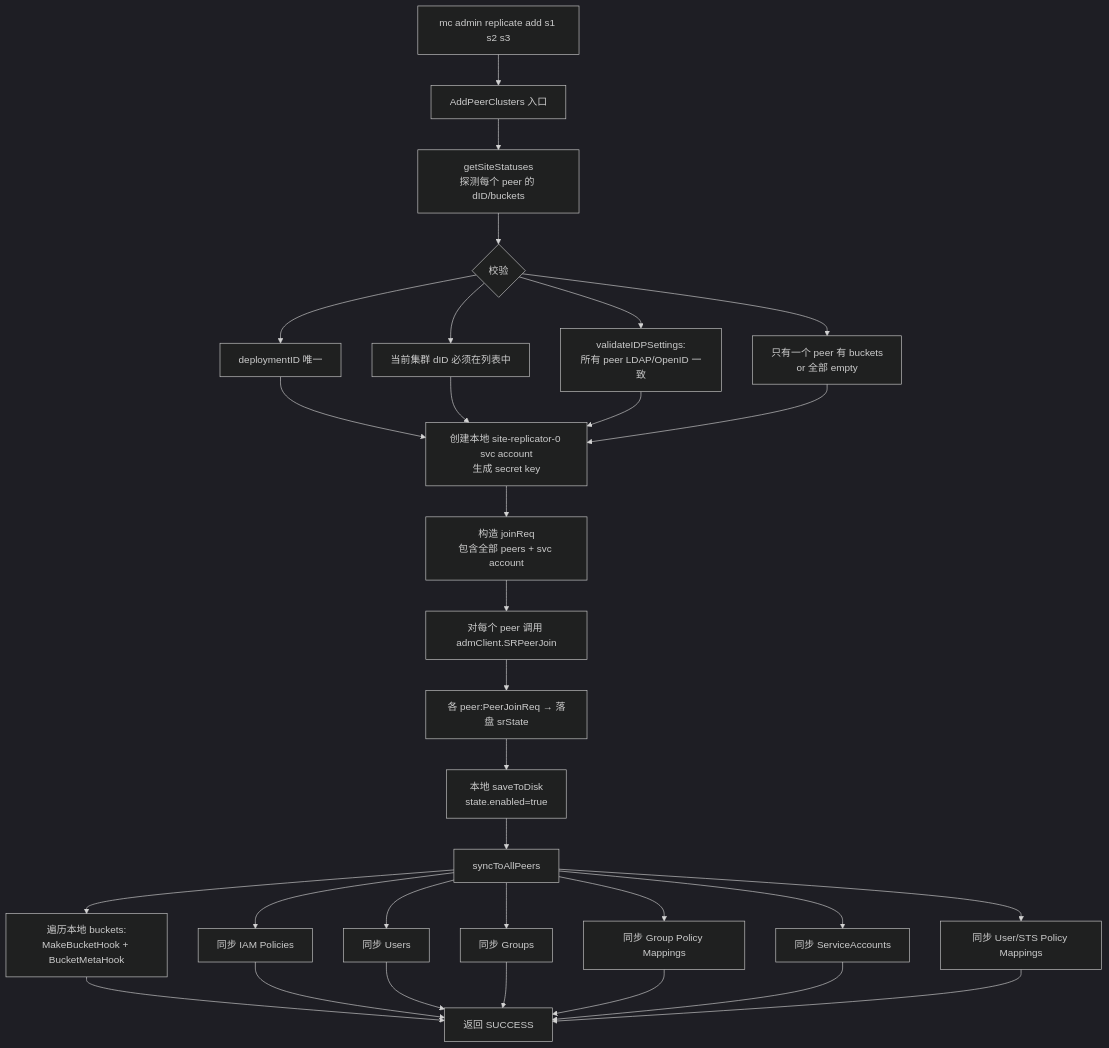
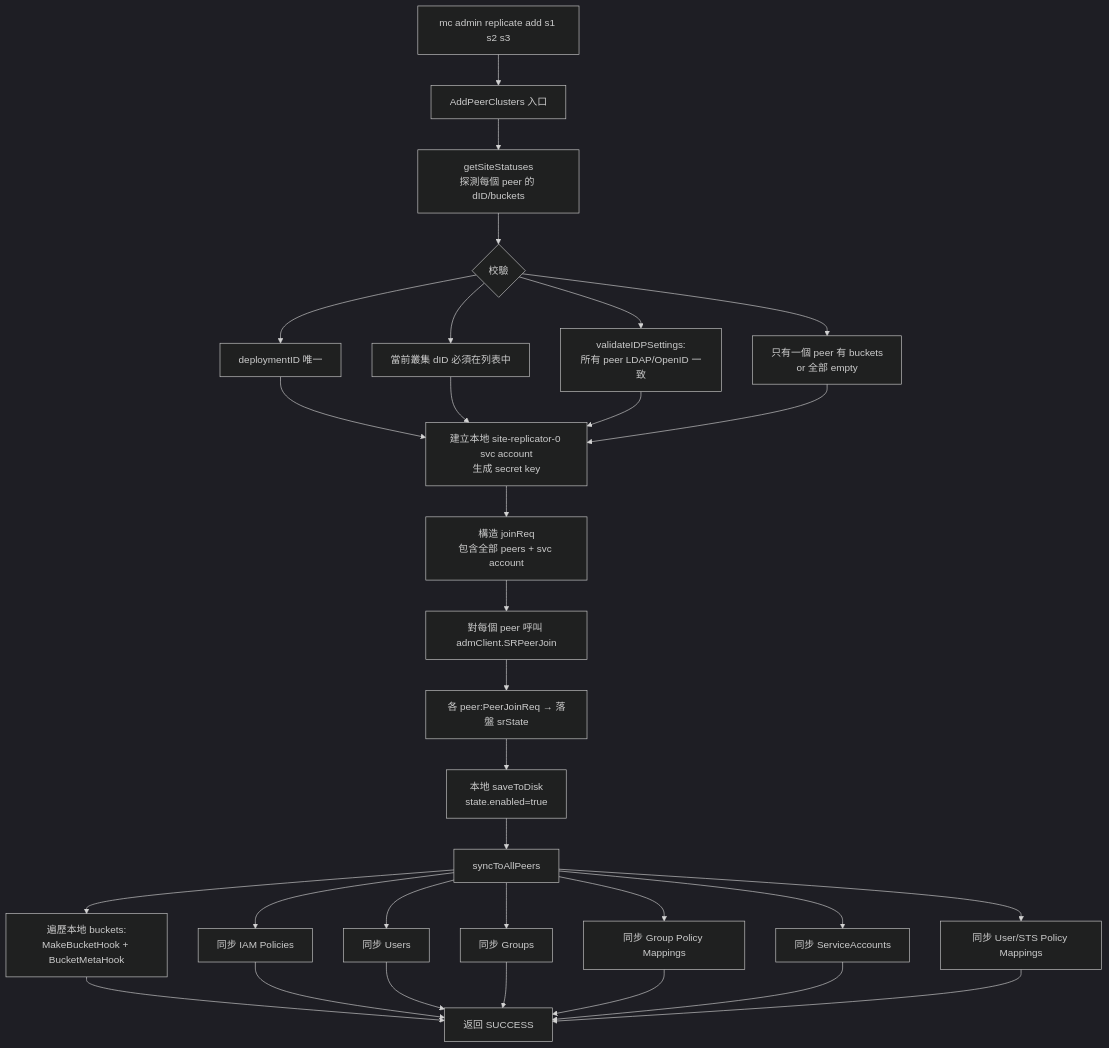
One commit to cysu01/minio changed the fifth of 8 diagrams in repo-analysis/drafts/06-module-replication.md. Above: the diagram before and after it, drawn with Mermaid (dark theme). The commit also changed other lines of this file and 14 other files, not shown here.

````diff
--- a/repo-analysis/drafts/06-module-replication.md
+++ b/repo-analysis/drafts/06-module-replication.md
@@ -504,24 +504,24 @@
 ```mermaid
 flowchart TD
     Start[mc admin replicate add s1 s2 s3] --> A[AddPeerClusters 入口]
-    A --> B[getSiteStatuses<br/>探测每个 peer 的 dID/buckets]
-    B --> C{校验}
+    A --> B[getSiteStatuses<br/>探測每個 peer 的 dID/buckets]
+    B --> C{校驗}
     C --> C1[deploymentID 唯一]
-    C --> C2[当前集群 dID 必须在列表中]
+    C --> C2[當前叢集 dID 必須在列表中]
     C --> C3[validateIDPSettings:<br/>所有 peer LDAP/OpenID 一致]
-    C --> C4[只有一个 peer 有 buckets<br/>or 全部 empty]
-    C1 & C2 & C3 & C4 --> D[创建本地 site-replicator-0 svc account<br/>生成 secret key]
-    D --> E[构造 joinReq<br/>包含全部 peers + svc account]
-    E --> F[对每个 peer 调用 admClient.SRPeerJoin]
-    F --> G[各 peer:PeerJoinReq → 落盘 srState]
+    C --> C4[只有一個 peer 有 buckets<br/>or 全部 empty]
+    C1 & C2 & C3 & C4 --> D[建立本地 site-replicator-0 svc account<br/>生成 secret key]
+    D --> E[構造 joinReq<br/>包含全部 peers + svc account]
+    E --> F[對每個 peer 呼叫 admClient.SRPeerJoin]
+    F --> G[各 peer:PeerJoinReq → 落盤 srState]
     G --> H[本地 saveToDisk<br/>state.enabled=true]
     H --> I[syncToAllPeers]
-    I --> I1[遍历本地 buckets:<br/>MakeBucketHook + BucketMetaHook]
+    I --> I1[遍歷本地 buckets:<br/>MakeBucketHook + BucketMetaHook]
     I --> I2[同步 IAM Policies]
     I --> I3[同步 Users]
     I --> I4[同步 Groups]
     I --> I5[同步 Group Policy Mappings]
     I --> I6[同步 ServiceAccounts]
     I --> I7[同步 User/STS Policy Mappings]
     I1 & I2 & I3 & I4 & I5 & I6 & I7 --> Done[返回 SUCCESS]
 ```
````
